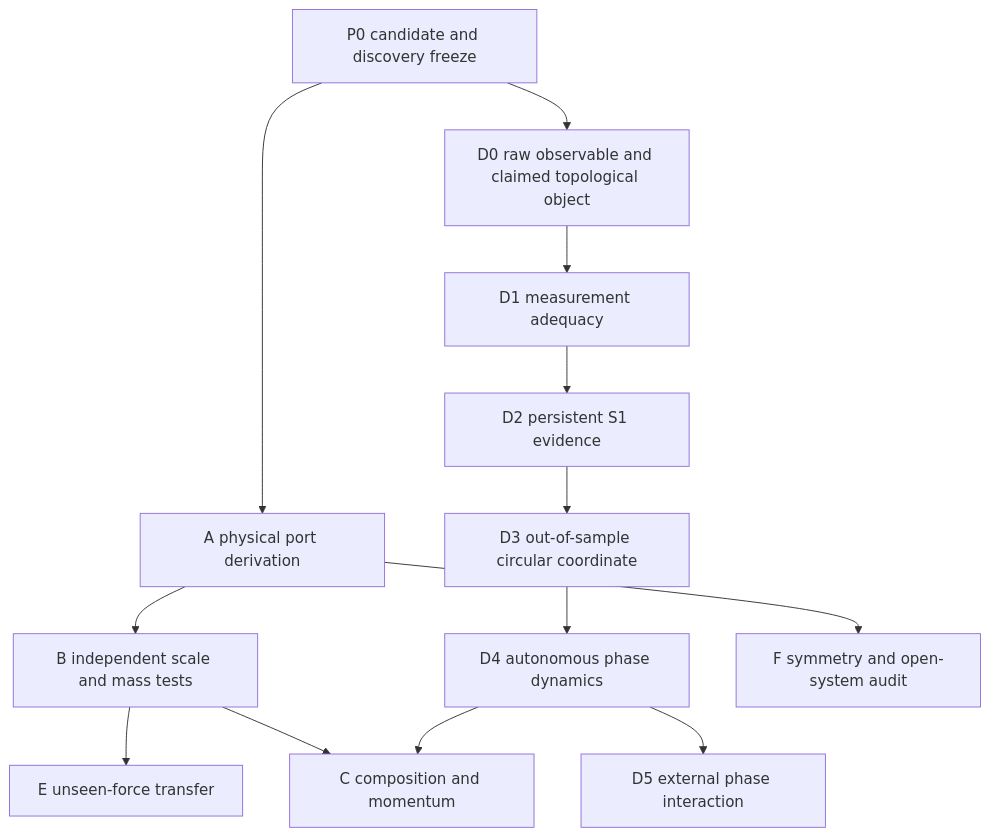
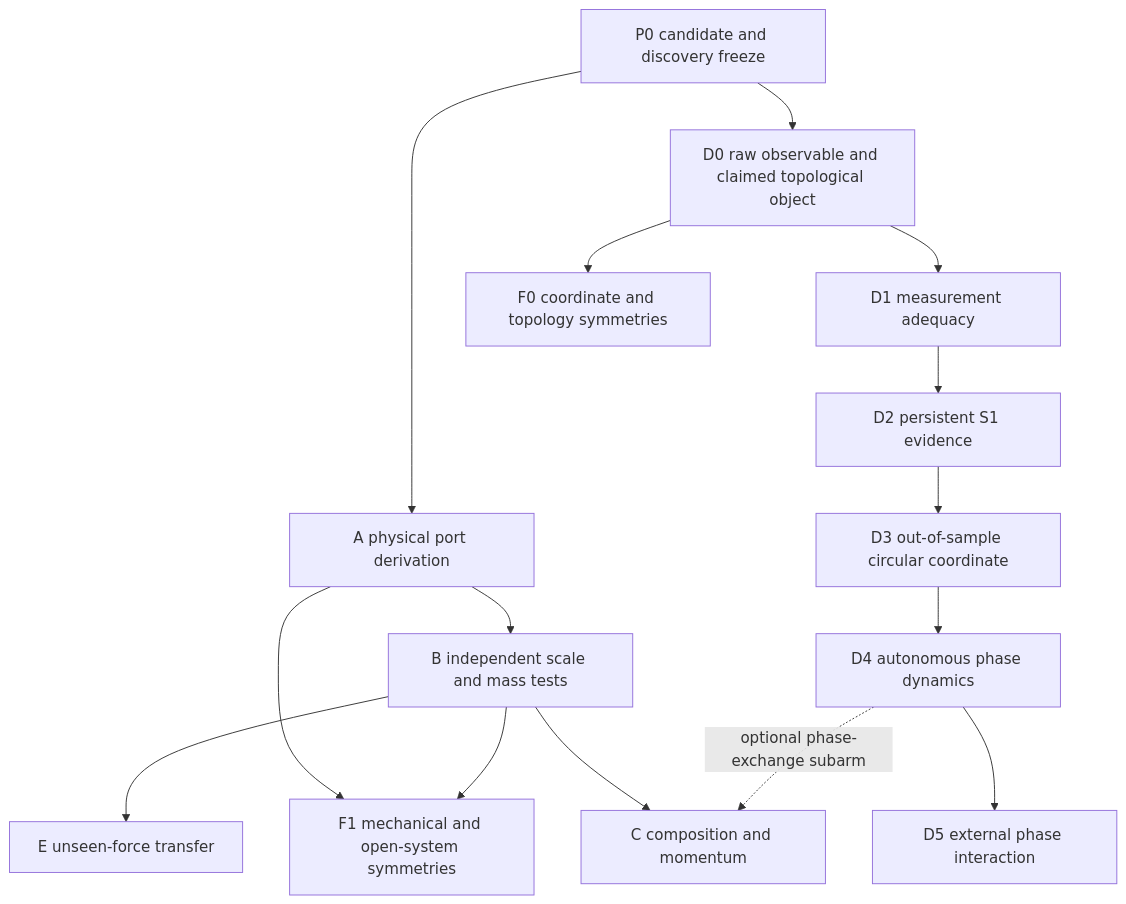
One commit to MemoryDynamics/Knoten changed the diagram in reports/project/decisions/s1_phase_mass_falsification_program_2026-08-16.md. Above: the diagram before and after it, drawn with Mermaid. The commit also changed other lines of this file and 12 other files, not shown here.

````diff
--- a/reports/project/decisions/s1_phase_mass_falsification_program_2026-08-16.md
+++ b/reports/project/decisions/s1_phase_mass_falsification_program_2026-08-16.md
@@ -31,15 +36,17 @@
 ```mermaid
 flowchart TD
     P0["P0 candidate and discovery freeze"] --> A["A physical port derivation"]
     P0 --> D0["D0 raw observable and claimed topological object"]
     D0 --> D1["D1 measurement adequacy"]
+    D0 --> F0["F0 coordinate and topology symmetries"]
     D1 --> D2["D2 persistent S1 evidence"]
     D2 --> D3["D3 out-of-sample circular coordinate"]
     D3 --> D4["D4 autonomous phase dynamics"]
     D4 --> D5["D5 external phase interaction"]
     A --> B["B independent scale and mass tests"]
     B --> E["E unseen-force transfer"]
-    A --> F["F symmetry and open-system audit"]
+    A --> F1["F1 mechanical and open-system symmetries"]
+    B --> F1
     B --> C["C composition and momentum"]
-    D4 --> C
+    D4 -. optional phase-exchange subarm .-> C
 ```
````
